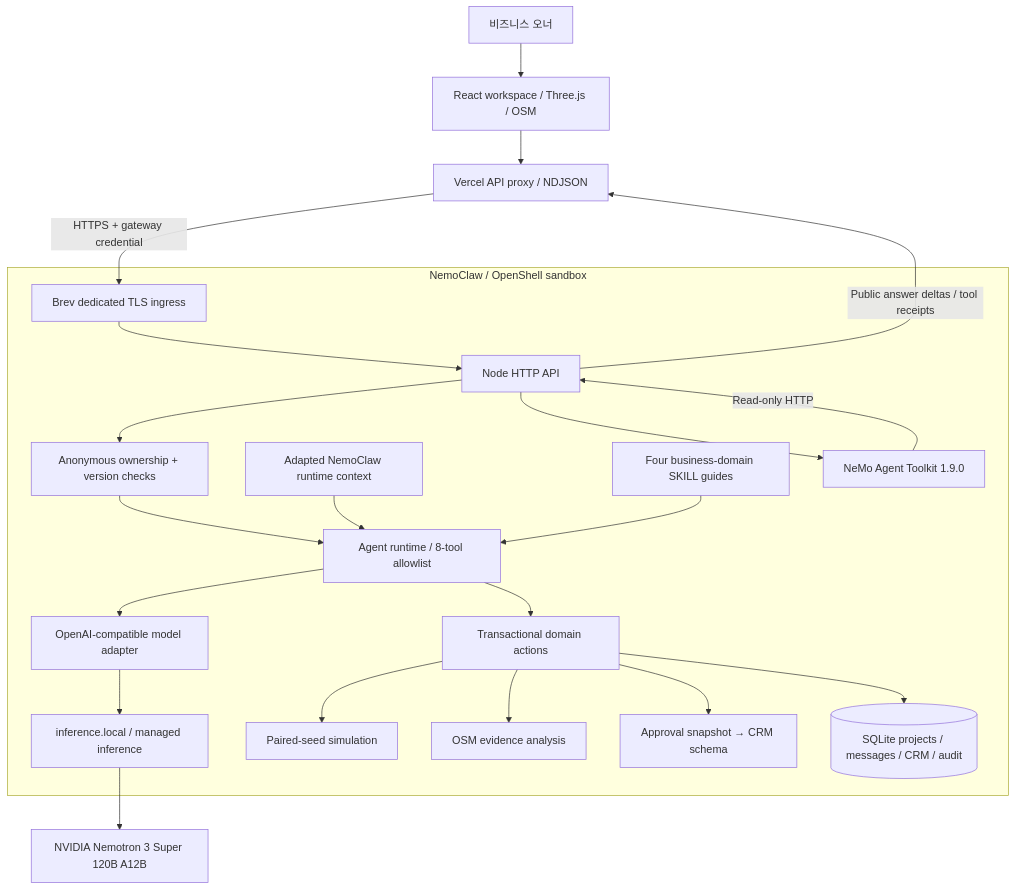
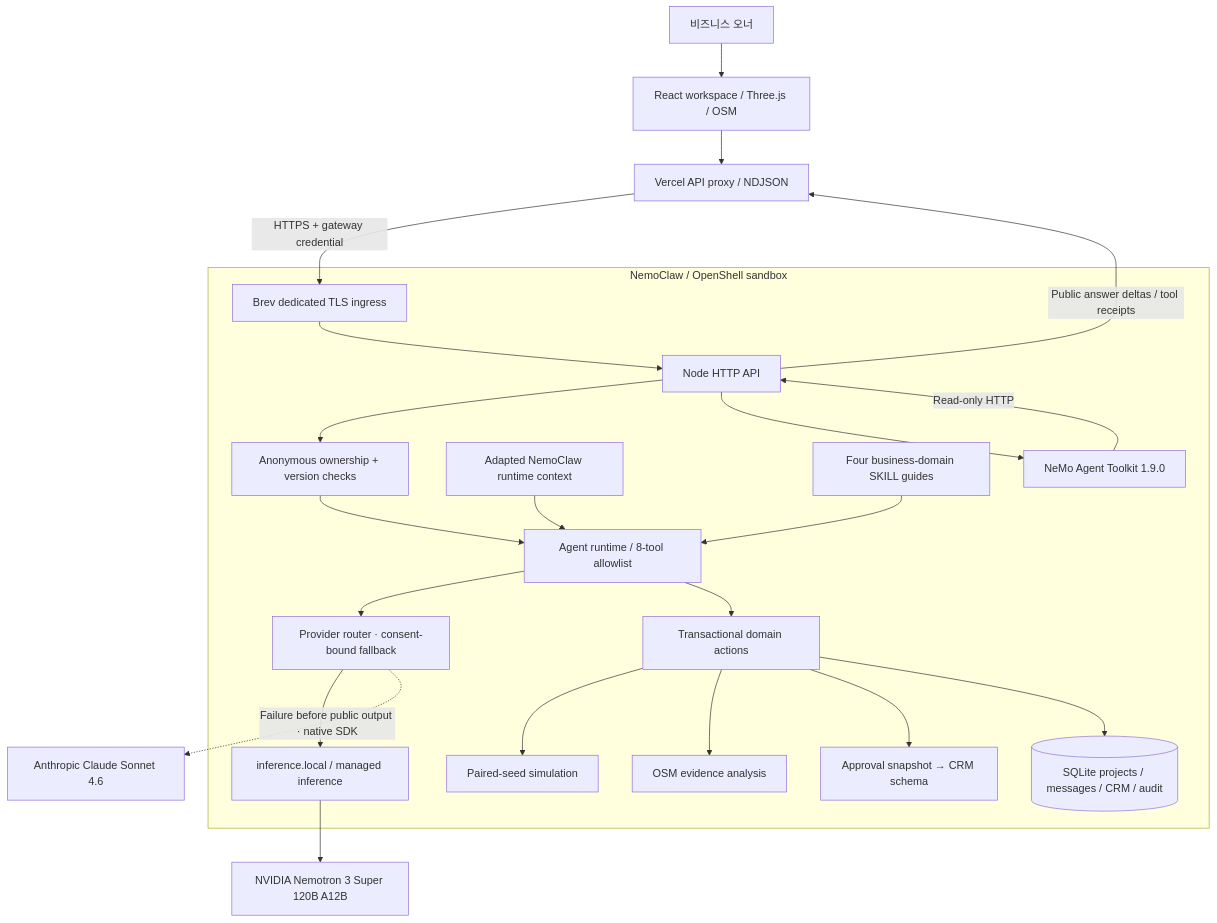
One commit to yc9954/event-twin changed the first of 2 diagrams in docs/ARCHITECTURE.md. Above: the diagram before and after it, drawn with Mermaid. The commit also changed other lines of this file and 25 other files, not shown here.

Commit message:
Add consent-bound Claude fallback for NVIDIA model failures

````diff
--- a/docs/ARCHITECTURE.md
+++ b/docs/ARCHITECTURE.md
@@ -11,24 +11,25 @@
 ```mermaid
 flowchart TB
   Owner["비즈니스 오너"] --> UI["React workspace / Three.js / OSM"]
   UI --> Proxy["Vercel API proxy / NDJSON"]
   Proxy -->|"HTTPS + gateway credential"| TLS["Brev dedicated TLS ingress"]
   subgraph Shell["NemoClaw / OpenShell sandbox"]
     TLS --> HTTP["Node HTTP API"]
     HTTP --> Access["Anonymous ownership + version checks"]
     Access --> Agent["Agent runtime / 8-tool allowlist"]
     Hook["Adapted NemoClaw runtime context"] --> Agent
     Skills["Four business-domain SKILL guides"] --> Agent
-    Agent --> Model["OpenAI-compatible model adapter"]
+    Agent --> Model["Provider router · consent-bound fallback"]
     Model --> Gateway["inference.local / managed inference"]
     Agent --> Domain["Transactional domain actions"]
     Domain --> Experiments["Paired-seed simulation"]
     Domain --> Geo["OSM evidence analysis"]
     Domain --> CRM["Approval snapshot → CRM schema"]
     Domain --> Store[("SQLite projects / messages / CRM / audit")]
     HTTP --> NAT["NeMo Agent Toolkit 1.9.0"]
     NAT -->|"Read-only HTTP"| HTTP
   end
   Gateway --> Nemotron["NVIDIA Nemotron 3 Super 120B A12B"]
+  Model -.->|"Failure before public output · native SDK"| Claude["Anthropic Claude Sonnet 4.6"]
   HTTP -->|"Public answer deltas / tool receipts"| Proxy
 ```
````
